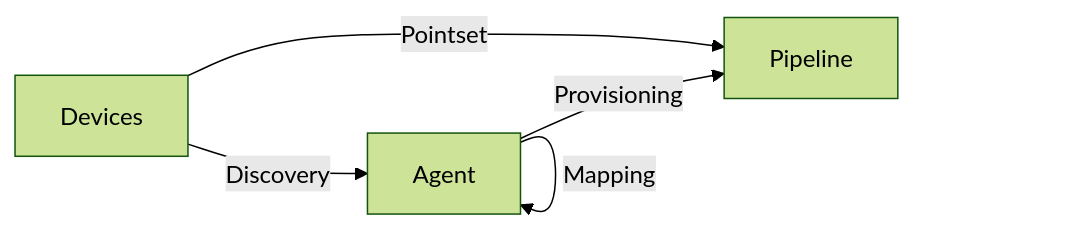
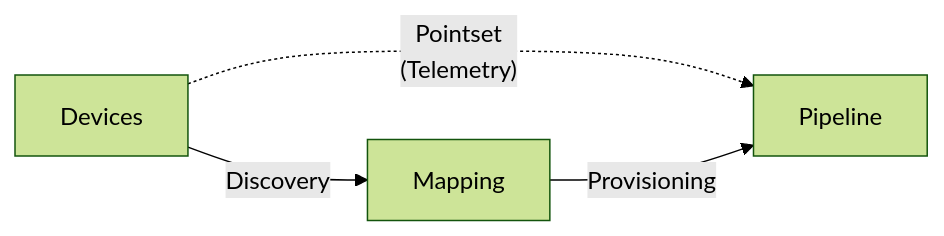
Before and after one commit to faucetsdn/udmi: the first of 2 diagrams in docs/specs/onboarding.md, drawn with Mermaid (forest theme). The commit also changed other lines of this file and 3 other files, not shown here.

````diff
--- a/docs/specs/onboarding.md
+++ b/docs/specs/onboarding.md
@@ -29,10 +29,9 @@
 ```mermaid
 flowchart LR
   D[Devices]
-  A[Agent]
+  M[Mapping]
   P[Pipeline]
-  D -- Pointset --> P
-  D -- Discovery --> A
-  A -- Provisioning --> P
-  A -- Mapping --> A
+  D -. "Pointset\n(Telemetry)" .-> P
+  D -- Discovery --> M
+  M -- Provisioning --> P
 ```
````
